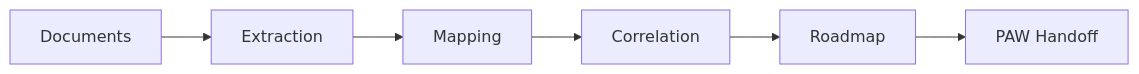
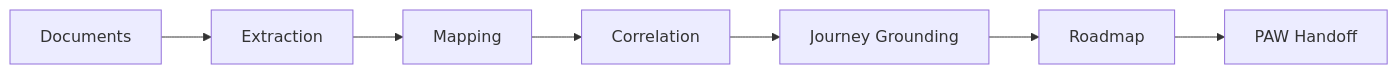
The diagram in docs/guide/discovery-workflow.md (lossyrob/phased-agent-workflow), drawn with Mermaid before and after one commit. The commit also changed other lines of this file and 3 other files, not shown here.

First line of the commit message:
docs: add journey grounding documentation

````diff
--- a/docs/guide/discovery-workflow.md
+++ b/docs/guide/discovery-workflow.md
@@ -5,8 +5,9 @@
 ```mermaid
 graph LR
     A[Documents] --> B[Extraction]
     B --> C[Mapping]
     C --> D[Correlation]
-    D --> E[Roadmap]
-    E --> F[PAW Handoff]
+    D --> E[Journey Grounding]
+    E --> F[Roadmap]
+    F --> G[PAW Handoff]
 ```
````
